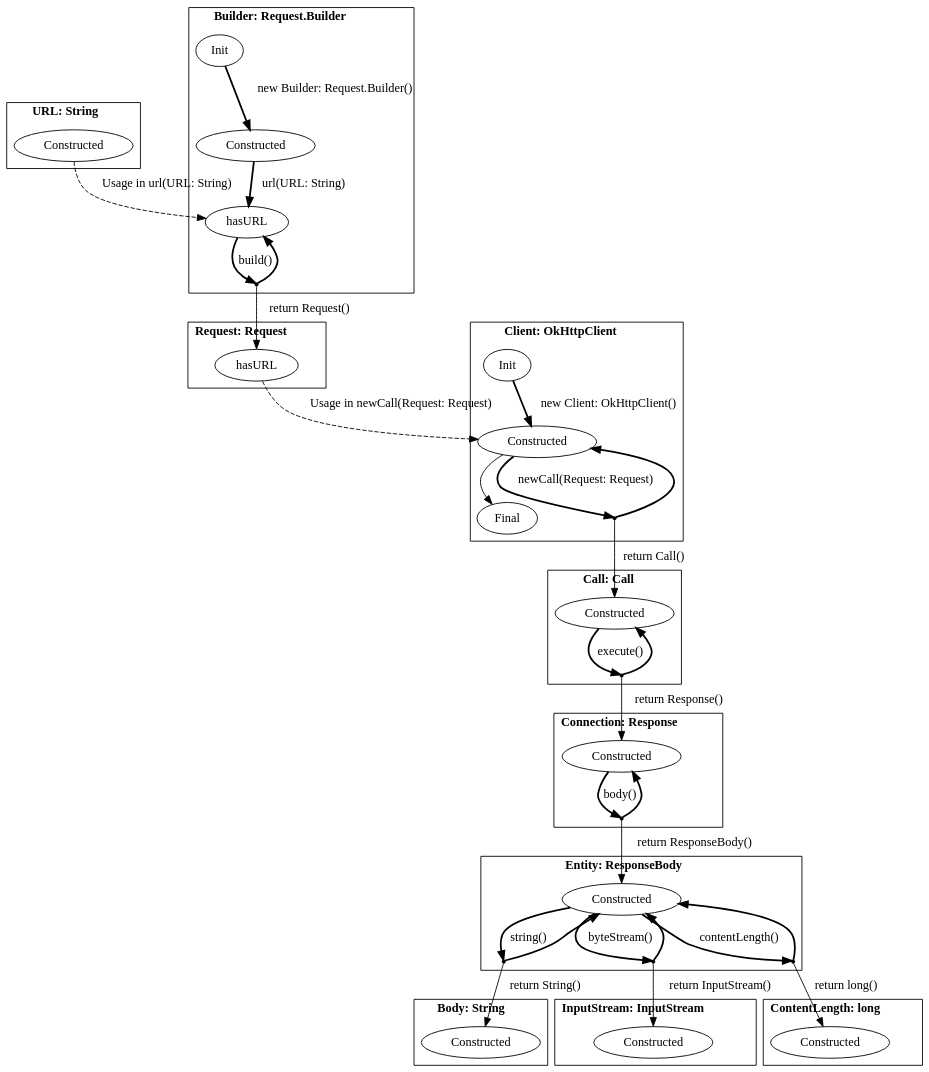
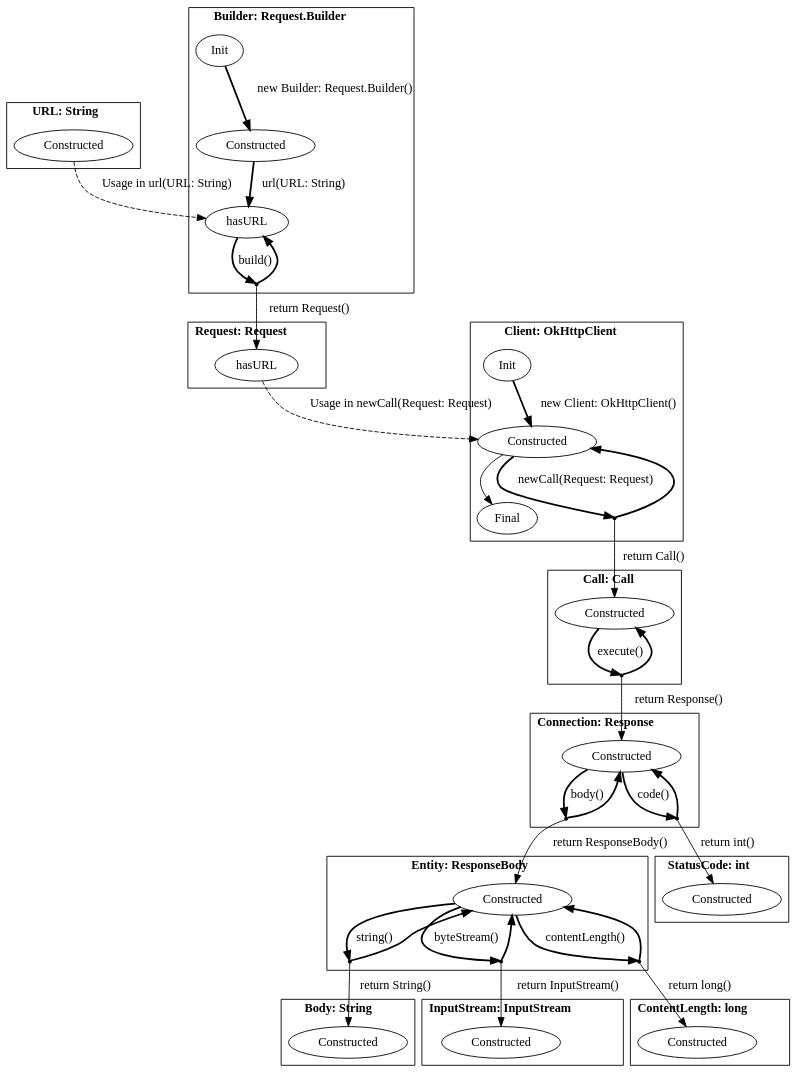
The diagram in pictures/okhttp.dot (h31/LibraryMigration), drawn with Graphviz before and after one commit. The commit also changed 4 other files, not shown here.

```diff
--- a/pictures/okhttp.dot
+++ b/pictures/okhttp.dot
@@ -1,81 +1,89 @@
 digraph G {
     bgcolor="transparent";
     subgraph cluster0 {
     label = <<B>URL: String</B>>;
         Constructed_URL [ label="Constructed" ];
     }
     subgraph cluster1 {
     label = <<B>Request: Request</B>>;
         hasURL_Request [ label="hasURL" ];
     }
     subgraph cluster2 {
     label = <<B>Client: OkHttpClient</B>>;
         Constructed_Client [ label="Constructed" ];
         Init_Client [ label="Init" ];
         Final_Client [ label="Final" ];
         virtual0 [ shape = point ];
     }
     subgraph cluster3 {
     label = <<B>Connection: Response</B>>;
         Constructed_Connection [ label="Constructed" ];
         virtual1 [ shape = point ];
+        virtual2 [ shape = point ];
     }
     subgraph cluster4 {
     label = <<B>Body: String</B>>;
         Constructed_Body [ label="Constructed" ];
     }
     subgraph cluster5 {
     label = <<B>InputStream: InputStream</B>>;
         Constructed_InputStream [ label="Constructed" ];
     }
     subgraph cluster6 {
     label = <<B>ContentLength: long</B>>;
         Constructed_ContentLength [ label="Constructed" ];
     }
     subgraph cluster7 {
     label = <<B>Entity: ResponseBody</B>>;
         Constructed_Entity [ label="Constructed" ];
-        virtual2 [ shape = point ];
         virtual3 [ shape = point ];
         virtual4 [ shape = point ];
+        virtual5 [ shape = point ];
     }
     subgraph cluster8 {
     label = <<B>Builder: Request.Builder</B>>;
         Constructed_Builder [ label="Constructed" ];
         Init_Builder [ label="Init" ];
         hasURL_Builder [ label="hasURL" ];
-        virtual5 [ shape = point ];
+        virtual6 [ shape = point ];
     }
     subgraph cluster9 {
     label = <<B>Call: Call</B>>;
         Constructed_Call [ label="Constructed" ];
-        virtual6 [ shape = point ];
+        virtual7 [ shape = point ];
+    }
+    subgraph cluster10 {
+    label = <<B>StatusCode: int</B>>;
+        Constructed_StatusCode [ label="Constructed" ];
     }
         Constructed_URL -> hasURL_Builder [ label="Usage in url(URL: String)", style = "dashed"  ];
         hasURL_Request -> Constructed_Client [ label="Usage in newCall(Request: Request)", style = "dashed"  ];
         Init_Client -> Constructed_Client [ label="new Client: OkHttpClient()", style = "bold"  ];
         Constructed_Client -> virtual0 [ style = "bold" label="newCall(Request: Request)"  ];
         virtual0 -> Constructed_Client [ style = "bold"  ];
         virtual0 -> Constructed_Call [ label="return Call()"  ];
         Constructed_Client -> Final_Client [ label="", style = "solid"  ];
         Constructed_Connection -> virtual1 [ style = "bold" label="body()"  ];
         virtual1 -> Constructed_Connection [ style = "bold"  ];
         virtual1 -> Constructed_Entity [ label="return ResponseBody()"  ];
-        Constructed_Entity -> virtual2 [ style = "bold" label="string()"  ];
-        virtual2 -> Constructed_Entity [ style = "bold"  ];
-        virtual2 -> Constructed_Body [ label="return String()"  ];
-        Constructed_Entity -> virtual3 [ style = "bold" label="byteStream()"  ];
+        Constructed_Connection -> virtual2 [ style = "bold" label="code()"  ];
+        virtual2 -> Constructed_Connection [ style = "bold"  ];
+        virtual2 -> Constructed_StatusCode [ label="return int()"  ];
+        Constructed_Entity -> virtual3 [ style = "bold" label="string()"  ];
         virtual3 -> Constructed_Entity [ style = "bold"  ];
-        virtual3 -> Constructed_InputStream [ label="return InputStream()"  ];
-        Constructed_Entity -> virtual4 [ style = "bold" label="contentLength()"  ];
+        virtual3 -> Constructed_Body [ label="return String()"  ];
+        Constructed_Entity -> virtual4 [ style = "bold" label="byteStream()"  ];
         virtual4 -> Constructed_Entity [ style = "bold"  ];
-        virtual4 -> Constructed_ContentLength [ label="return long()"  ];
+        virtual4 -> Constructed_InputStream [ label="return InputStream()"  ];
+        Constructed_Entity -> virtual5 [ style = "bold" label="contentLength()"  ];
+        virtual5 -> Constructed_Entity [ style = "bold"  ];
+        virtual5 -> Constructed_ContentLength [ label="return long()"  ];
         Init_Builder -> Constructed_Builder [ label="new Builder: Request.Builder()", style = "bold"  ];
         Constructed_Builder -> hasURL_Builder [ label="url(URL: String)", style = "bold"  ];
-        hasURL_Builder -> virtual5 [ style = "bold" label="build()"  ];
-        virtual5 -> hasURL_Builder [ style = "bold"  ];
-        virtual5 -> hasURL_Request [ label="return Request()"  ];
-        Constructed_Call -> virtual6 [ style = "bold" label="execute()"  ];
-        virtual6 -> Constructed_Call [ style = "bold"  ];
-        virtual6 -> Constructed_Connection [ label="return Response()"  ];
+        hasURL_Builder -> virtual6 [ style = "bold" label="build()"  ];
+        virtual6 -> hasURL_Builder [ style = "bold"  ];
+        virtual6 -> hasURL_Request [ label="return Request()"  ];
+        Constructed_Call -> virtual7 [ style = "bold" label="execute()"  ];
+        virtual7 -> Constructed_Call [ style = "bold"  ];
+        virtual7 -> Constructed_Connection [ label="return Response()"  ];
 }
```
